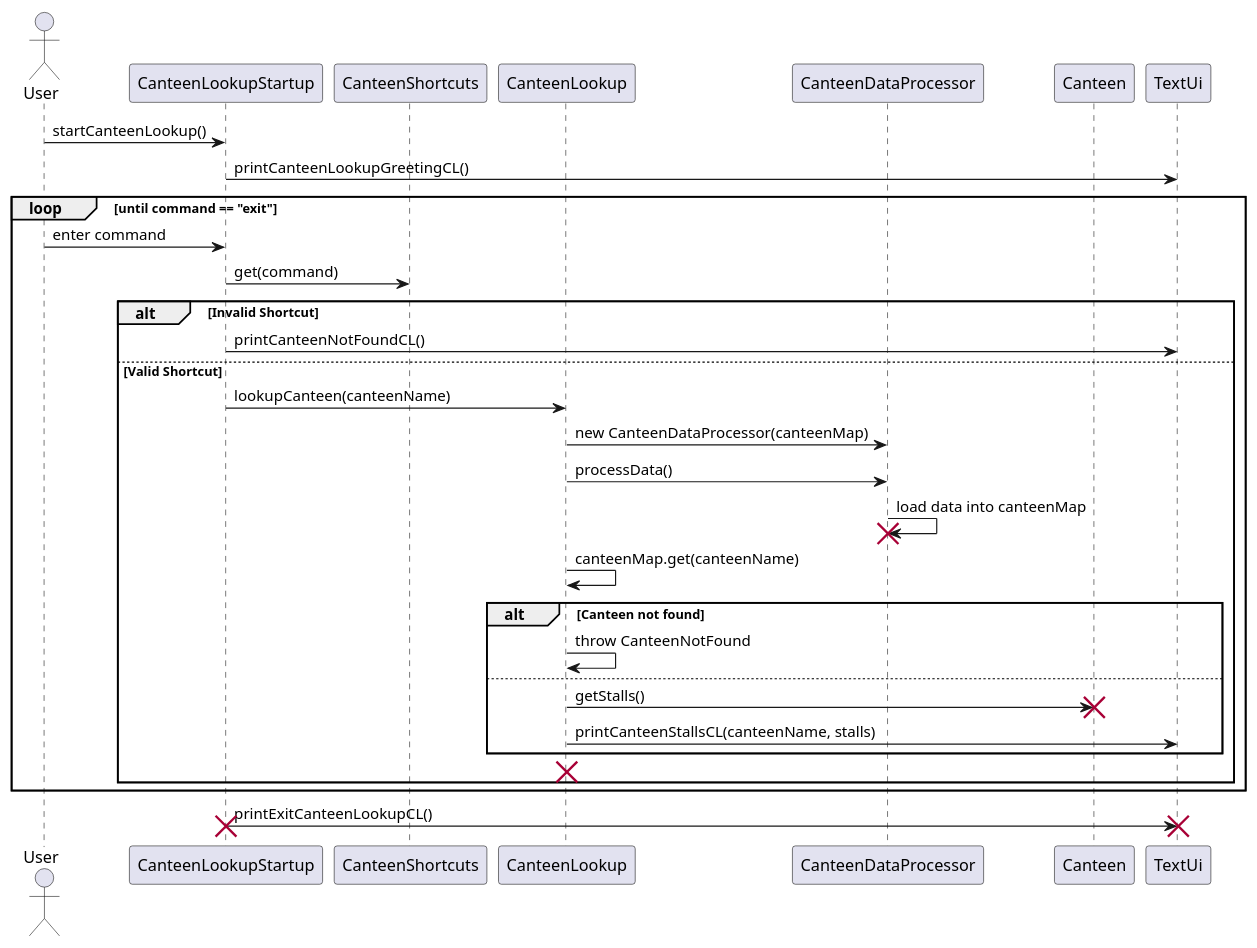
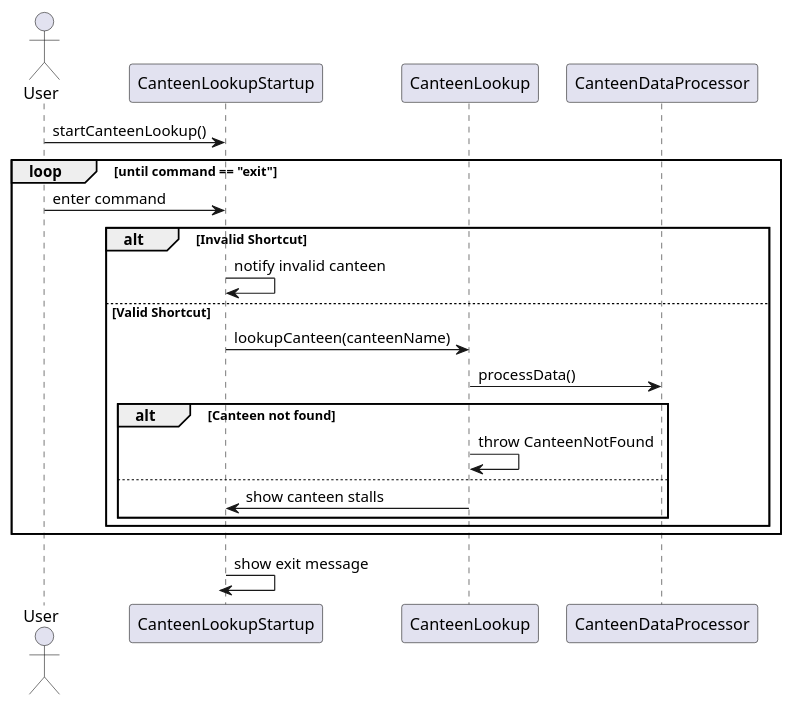
Before and after one commit to AY2425S2-CS2113-W12-2/tp: the diagram in docs/diagrams/CanteenLookupSequenceDiagram.puml, drawn with PlantUML. The commit also changed 1 other file, not shown here.

Commit message:
Edited UML diagram for CanteenLookup

```diff
--- a/docs/diagrams/CanteenLookupSequenceDiagram.puml
+++ b/docs/diagrams/CanteenLookupSequenceDiagram.puml
@@ -1,40 +1,28 @@
 @startuml
 actor User
 participant "CanteenLookupStartup" as CLS
-participant "CanteenShortcuts" as CS
 participant "CanteenLookup" as CL
 participant "CanteenDataProcessor" as CDP
-participant "Canteen" as C
-participant "TextUi" as UI
 
 User -> CLS : startCanteenLookup()
-CLS -> UI : printCanteenLookupGreetingCL()
 
 loop until command == "exit"
     User -> CLS : enter command
-    CLS -> CS : get(command)
     alt Invalid Shortcut
-        CLS -> UI : printCanteenNotFoundCL()
+        CLS -> CLS : notify invalid canteen
     else Valid Shortcut
         CLS -> CL : lookupCanteen(canteenName)
-        CL -> CDP : new CanteenDataProcessor(canteenMap)
         CL -> CDP : processData()
-        CDP -> CDP : load data into canteenMap
-        destroy CDP
-
-        CL -> CL : canteenMap.get(canteenName)
+        deactivate CDP
         alt Canteen not found
             CL -> CL : throw CanteenNotFound
         else
-            CL -> C : getStalls()
-            destroy C
-            CL -> UI : printCanteenStallsCL(canteenName, stalls)
+            CL -> CLS : show canteen stalls
         end
-        destroy CL
+        deactivate CL
     end
 end
 
-CLS -> UI : printExitCanteenLookupCL()
-destroy CLS
-destroy UI
+CLS -> CLS : show exit message
+deactivate CLS
 @enduml
```
